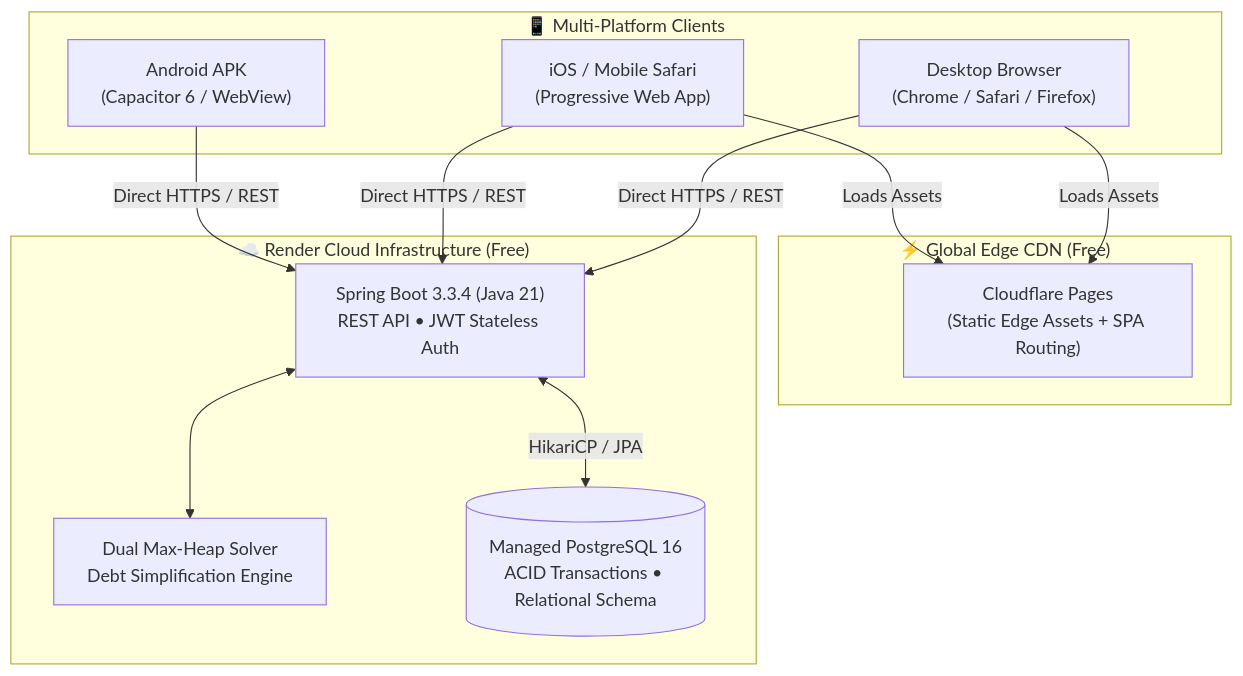
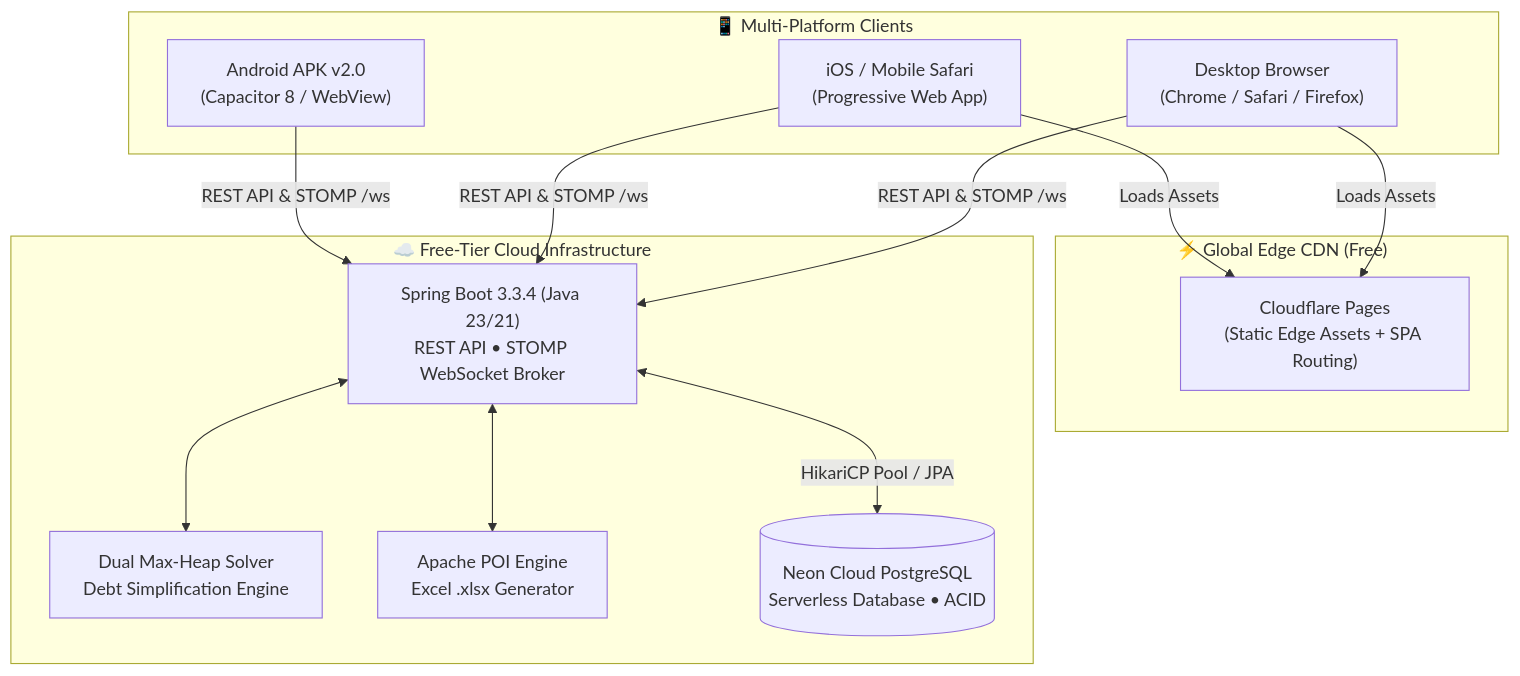
Before and after one commit to byte2code/settlehub: the first of 2 diagrams in README.md, drawn with Mermaid. The commit also changed other lines of this file and 1 other file, not shown here.

First line of the commit message:
build(v2.0.0): compile new SettleHub 2.0 Android APK & update README.md

````diff
--- a/README.md
+++ b/README.md
@@ -50,26 +67,28 @@
 ```mermaid
 flowchart TD
     subgraph Clients["📱 Multi-Platform Clients"]
-        APK["Android APK<br/>(Capacitor 6 / WebView)"]
+        APK["Android APK v2.0<br/>(Capacitor 8 / WebView)"]
         PWA["iOS / Mobile Safari<br/>(Progressive Web App)"]
         WEB["Desktop Browser<br/>(Chrome / Safari / Firefox)"]
     end
 
     subgraph CDN["⚡ Global Edge CDN (Free)"]
         CF["Cloudflare Pages<br/>(Static Edge Assets + SPA Routing)"]
     end
 
-    subgraph Cloud["☁️ Render Cloud Infrastructure (Free)"]
-        BE["Spring Boot 3.3.4 (Java 21)<br/>REST API • JWT Stateless Auth"]
+    subgraph Cloud["☁️ Free-Tier Cloud Infrastructure"]
+        BE["Spring Boot 3.3.4 (Java 23/21)<br/>REST API • STOMP WebSocket Broker"]
         Engine["Dual Max-Heap Solver<br/>Debt Simplification Engine"]
-        DB[("Managed PostgreSQL 16<br/>ACID Transactions • Relational Schema")]
+        POI["Apache POI Engine<br/>Excel .xlsx Generator"]
+        DB[("Neon Cloud PostgreSQL<br/>Serverless Database • ACID")]
     end
 
     PWA -->|Loads Assets| CF
     WEB -->|Loads Assets| CF
-    APK -->|Direct HTTPS / REST| BE
-    PWA -->|Direct HTTPS / REST| BE
-    WEB -->|Direct HTTPS / REST| BE
+    APK -->|REST API & STOMP /ws| BE
+    PWA -->|REST API & STOMP /ws| BE
+    WEB -->|REST API & STOMP /ws| BE
     BE <--> Engine
-    BE <-->|HikariCP / JPA| DB
+    BE <--> POI
+    BE <-->|HikariCP Pool / JPA| DB
 ```
````
